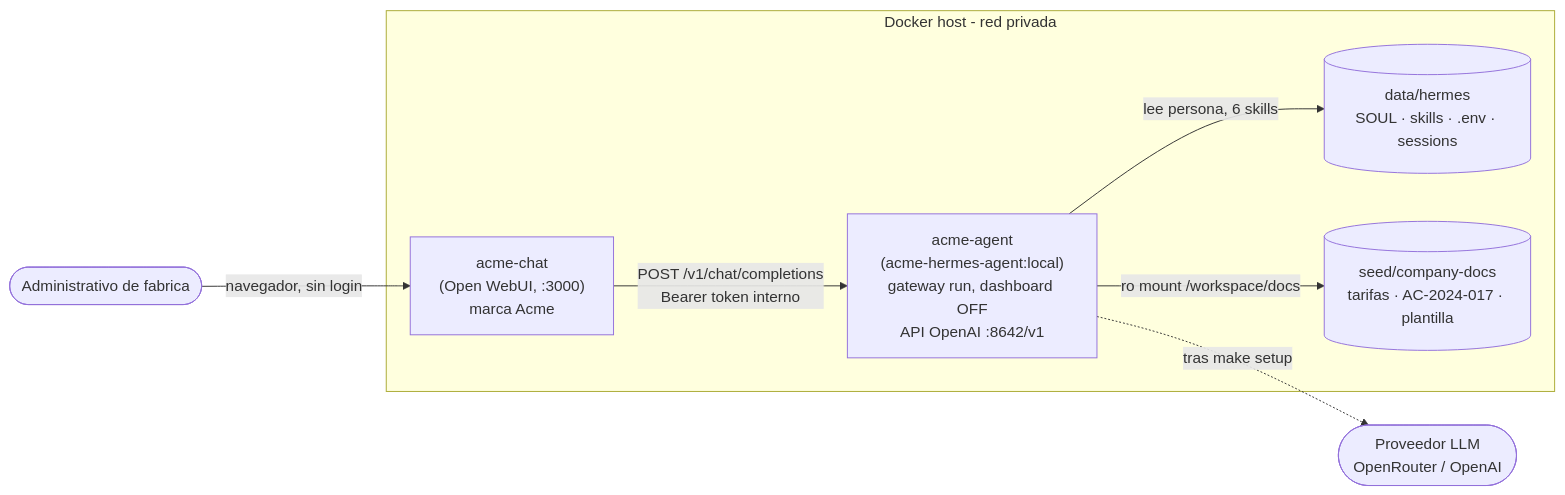
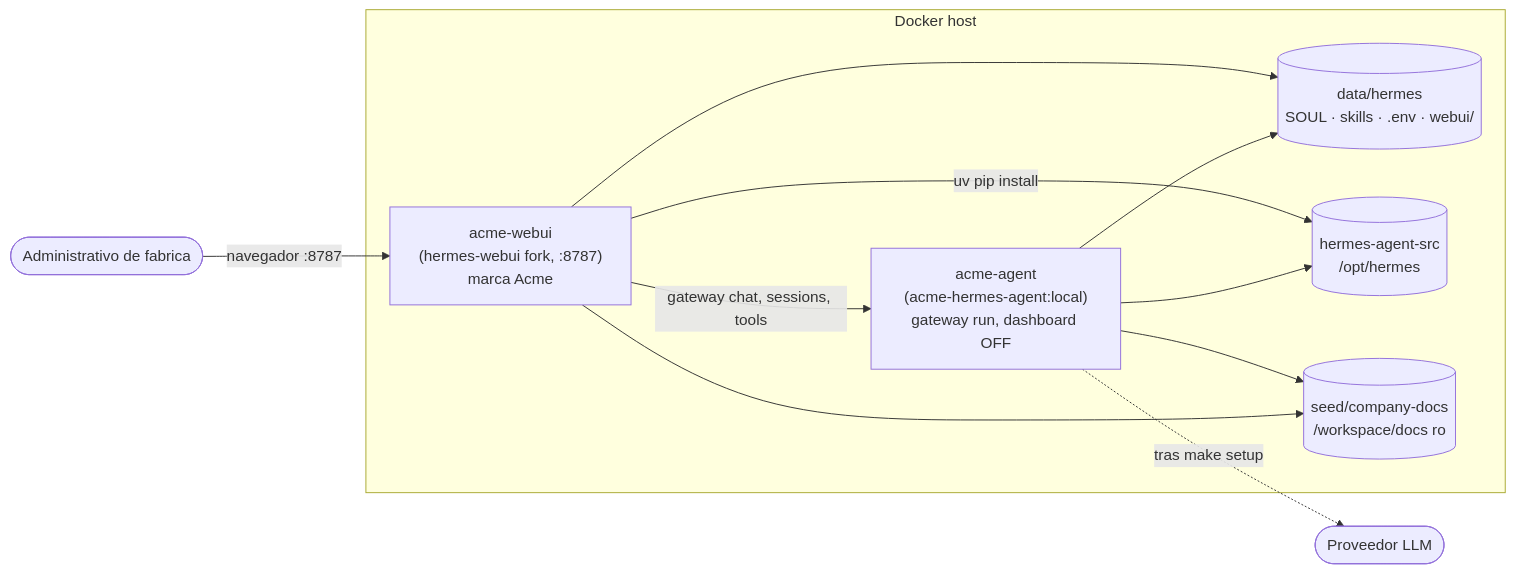
Before and after one commit to felipebasurto/hermes-acme: the diagram in docs/ARCHITECTURE.md, drawn with Mermaid. The commit also changed other lines of this file, not shown here.

First line of the commit message:
docs(architecture): v4 StackState and hermes-webui migration plan

````diff
--- a/docs/ARCHITECTURE.md
+++ b/docs/ARCHITECTURE.md
@@ -11,16 +26,21 @@
 ```mermaid
 flowchart LR
-    admin([Administrativo de fabrica]) -->|navegador, sin login| GUI
+    admin([Administrativo de fabrica]) -->|navegador :8787| WEBUI
 
-    subgraph host[Docker host - red privada]
-      GUI["acme-chat<br/>(Open WebUI, :3000)<br/>marca Acme"]
-      AGENT["acme-agent<br/>(acme-hermes-agent:local)<br/>gateway run, dashboard OFF<br/>API OpenAI :8642/v1"]
-      VOL[("data/hermes<br/>SOUL · skills · .env · sessions")]
-      DOCS[("seed/company-docs<br/>tarifas · AC-2024-017 · plantilla")]
-      GUI -->|POST /v1/chat/completions<br/>Bearer token interno| AGENT
-      AGENT -->|lee persona, 6 skills| VOL
-      AGENT -->|ro mount /workspace/docs| DOCS
+    subgraph host[Docker host]
+      WEBUI["acme-webui<br/>(hermes-webui fork, :8787)<br/>marca Acme"]
+      AGENT["acme-agent<br/>(acme-hermes-agent:local)<br/>gateway run, dashboard OFF"]
+      VOL[("data/hermes<br/>SOUL · skills · .env · webui/")]
+      SRC[("hermes-agent-src<br/>/opt/hermes")]
+      DOCS[("seed/company-docs<br/>/workspace/docs ro")]
+      WEBUI -->|gateway chat, sessions, tools| AGENT
+      WEBUI --> VOL
+      AGENT --> VOL
+      WEBUI -->|uv pip install| SRC
+      AGENT --> SRC
+      AGENT --> DOCS
+      WEBUI --> DOCS
     end
 
-    AGENT -.->|tras make setup| LLM([Proveedor LLM<br/>OpenRouter / OpenAI])
+    AGENT -.->|tras make setup| LLM([Proveedor LLM])
 ```
````
